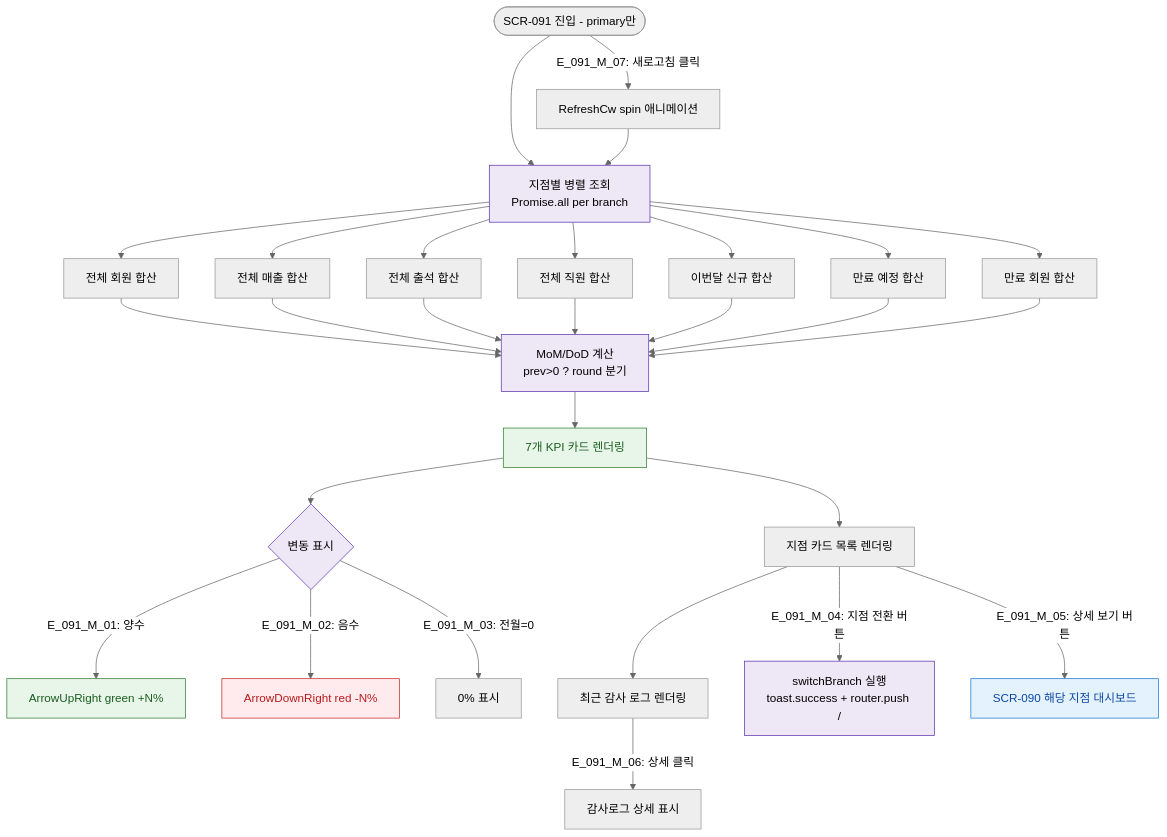
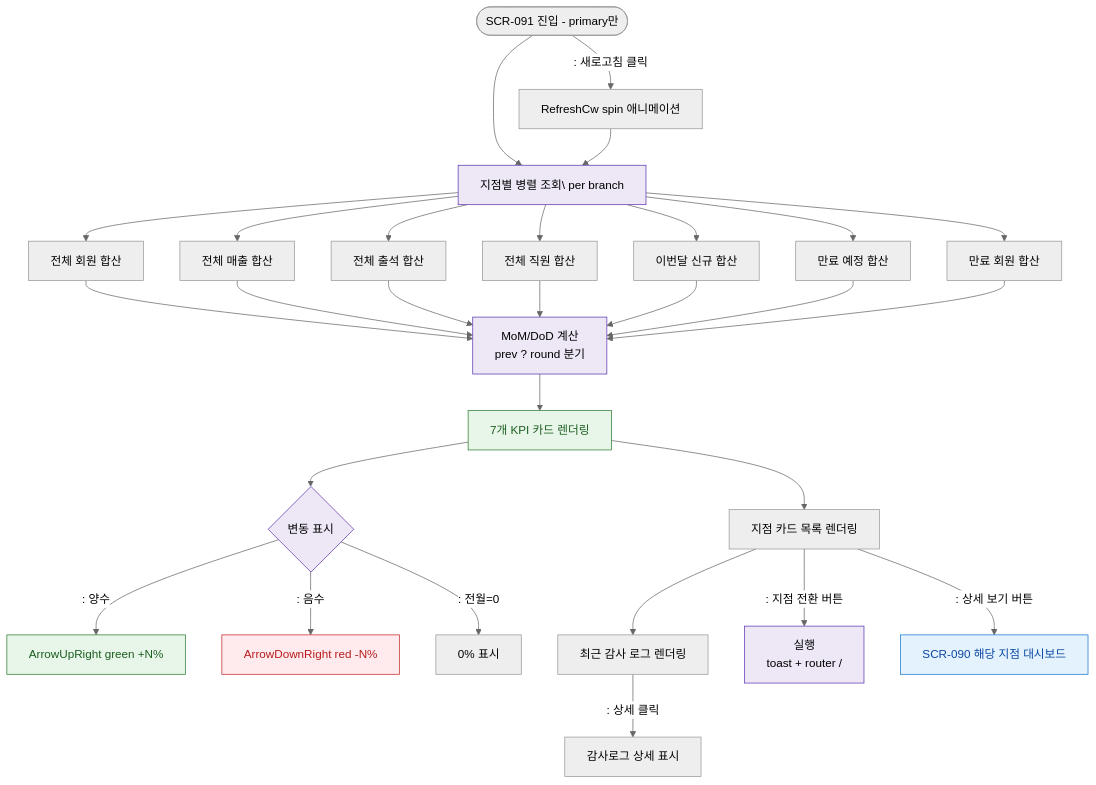
Before and after one commit to dev-spogym/admin-pando: the diagram in docs/다이어그램/D10_본사관리/SCR-091_슈퍼대시보드/F2_메인.md, drawn with Mermaid (neutral theme). The commit also changed other lines of this file and 1660 other files, not shown here.

First line of the commit message:
다이어그램: 기획자/클라이언트 납품본으로 정리

````diff
--- a/docs/다이어그램/D10_본사관리/SCR-091_슈퍼대시보드/F2_메인.md
+++ b/docs/다이어그램/D10_본사관리/SCR-091_슈퍼대시보드/F2_메인.md
@@ -14,41 +12,41 @@
 ```mermaid
 flowchart TD
-  Start([SCR-091 진입 - primary만]) --> ParallelLoad[지점별 병렬 조회\nPromise.all per branch]
+  Start([SCR-091 진입 - primary만]) --> ParallelLoad[지점별 병렬 조회\ per branch]
 
   ParallelLoad --> KPI1[전체 회원 합산]
   ParallelLoad --> KPI2[전체 매출 합산]
   ParallelLoad --> KPI3[전체 출석 합산]
   ParallelLoad --> KPI4[전체 직원 합산]
   ParallelLoad --> KPI5[이번달 신규 합산]
   ParallelLoad --> KPI6[만료 예정 합산]
   ParallelLoad --> KPI7[만료 회원 합산]
 
-  KPI1 & KPI2 & KPI3 & KPI4 & KPI5 & KPI6 & KPI7 --> MoMCalc[MoM/DoD 계산\nprev>0 ? round 분기]
+  KPI1 & KPI2 & KPI3 & KPI4 & KPI5 & KPI6 & KPI7 --> MoMCalc[MoM/DoD 계산\nprev ? round 분기]
 
   MoMCalc --> KPICards[7개 KPI 카드 렌더링]
   KPICards --> MoMDisplay{변동 표시}
-  MoMDisplay -->|"E_091_M_01: 양수"| ArrowUp[ArrowUpRight green +N%]
-  MoMDisplay -->|"E_091_M_02: 음수"| ArrowDown[ArrowDownRight red -N%]
-  MoMDisplay -->|"E_091_M_03: 전월=0"| Zero[0% 표시]
+  MoMDisplay -->|": 양수"|ArrowUp[ArrowUpRight green +N%]
+  MoMDisplay -->|": 음수"|ArrowDown[ArrowDownRight red -N%]
+  MoMDisplay -->|": 전월=0"|Zero[0% 표시]
 
   KPICards --> BranchCards[지점 카드 목록 렌더링]
   BranchCards --> AuditLog[최근 감사 로그 렌더링]
 
-  BranchCards -->|"E_091_M_04: 지점 전환 버튼"| SwitchBranch[switchBranch 실행\ntoast.success + router.push /]
-  BranchCards -->|"E_091_M_05: 상세 보기 버튼"| SCR_090[SCR-090 해당 지점 대시보드]
+  BranchCards -->|": 지점 전환 버튼"|SwitchBranch[실행\ntoast + router /]
+  BranchCards -->|": 상세 보기 버튼"|SCR_090[SCR-090 해당 지점 대시보드]
 
-  AuditLog -->|"E_091_M_06: 상세 클릭"| AuditDetail[감사로그 상세 표시]
+  AuditLog -->|": 상세 클릭"|AuditDetail[감사로그 상세 표시]
 
-  Start -->|"E_091_M_07: 새로고침 클릭"| RefreshSpin[RefreshCw spin 애니메이션]
+  Start -->|": 새로고침 클릭"|RefreshSpin[RefreshCw spin 애니메이션]
   RefreshSpin --> ParallelLoad
 
   classDef screen fill:#E3F2FD,stroke:#1976D2,color:#0D47A1
   classDef system fill:#EDE7F6,stroke:#5E35B2
   classDef success fill:#E8F5E9,stroke:#2E7D32,color:#1B5E20
   classDef error fill:#FFEBEE,stroke:#C62828,color:#B71C1C
 
   class SCR_090 screen
   class ParallelLoad,MoMCalc,MoMDisplay,SwitchBranch system
   class ArrowUp,KPICards success
   class ArrowDown error
 ```
````
